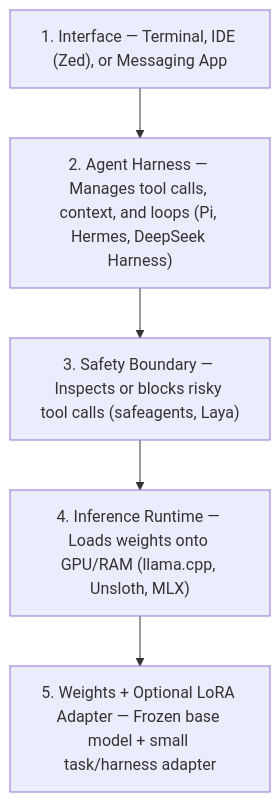
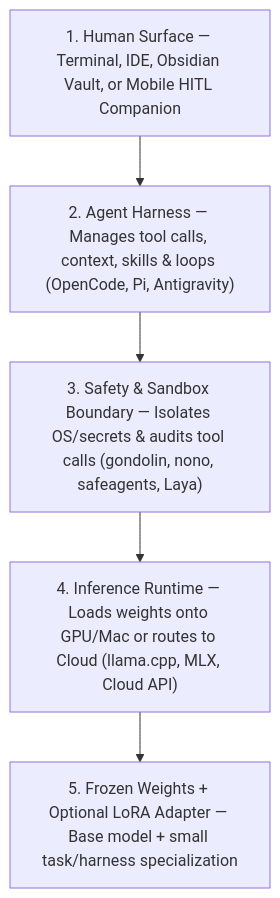
One commit to initalok/ai-swissknife changed the diagram in docs/mental-model.md. Above: the diagram before and after it, drawn with Mermaid. The commit also changed other lines of this file and 85 other files, not shown here.

Commit message:
feat(v6-beta): open-closed managed-block handbook, dual onboarding, 4 worlds + fabric, Pi workshop, memory loops & ADRs

````diff
--- a/docs/mental-model.md
+++ b/docs/mental-model.md
@@ -9,9 +18,9 @@
 ```mermaid
 flowchart TB
-    L1["1. Interface — Terminal, IDE (Zed), or Messaging App"]
-    L2["2. Agent Harness — Manages tool calls, context, and loops (Pi, Hermes, DeepSeek Harness)"]
-    L3["3. Safety Boundary — Inspects or blocks risky tool calls (safeagents, Laya)"]
-    L4["4. Inference Runtime — Loads weights onto GPU/RAM (llama.cpp, Unsloth, MLX)"]
-    L5["5. Weights + Optional LoRA Adapter — Frozen base model + small task/harness adapter"]
+    L1["1. Human Surface — Terminal, IDE, Obsidian Vault, or Mobile HITL Companion"]
+    L2["2. Agent Harness — Manages tool calls, context, skills & loops (OpenCode, Pi, Antigravity)"]
+    L3["3. Safety & Sandbox Boundary — Isolates OS/secrets & audits tool calls (gondolin, nono, safeagents, Laya)"]
+    L4["4. Inference Runtime — Loads weights onto GPU/Mac or routes to Cloud (llama.cpp, MLX, Cloud API)"]
+    L5["5. Frozen Weights + Optional LoRA Adapter — Base model + small task/harness specialization"]
     L1 --> L2 --> L3 --> L4 --> L5
 ```
````
